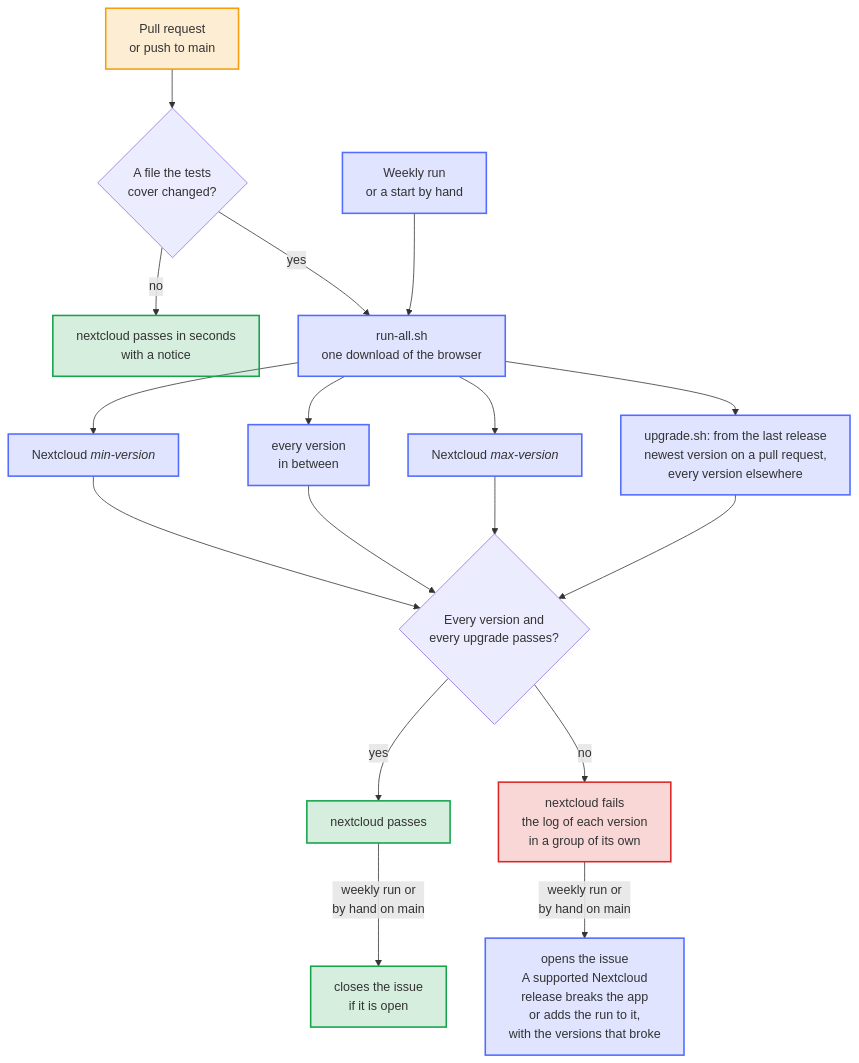
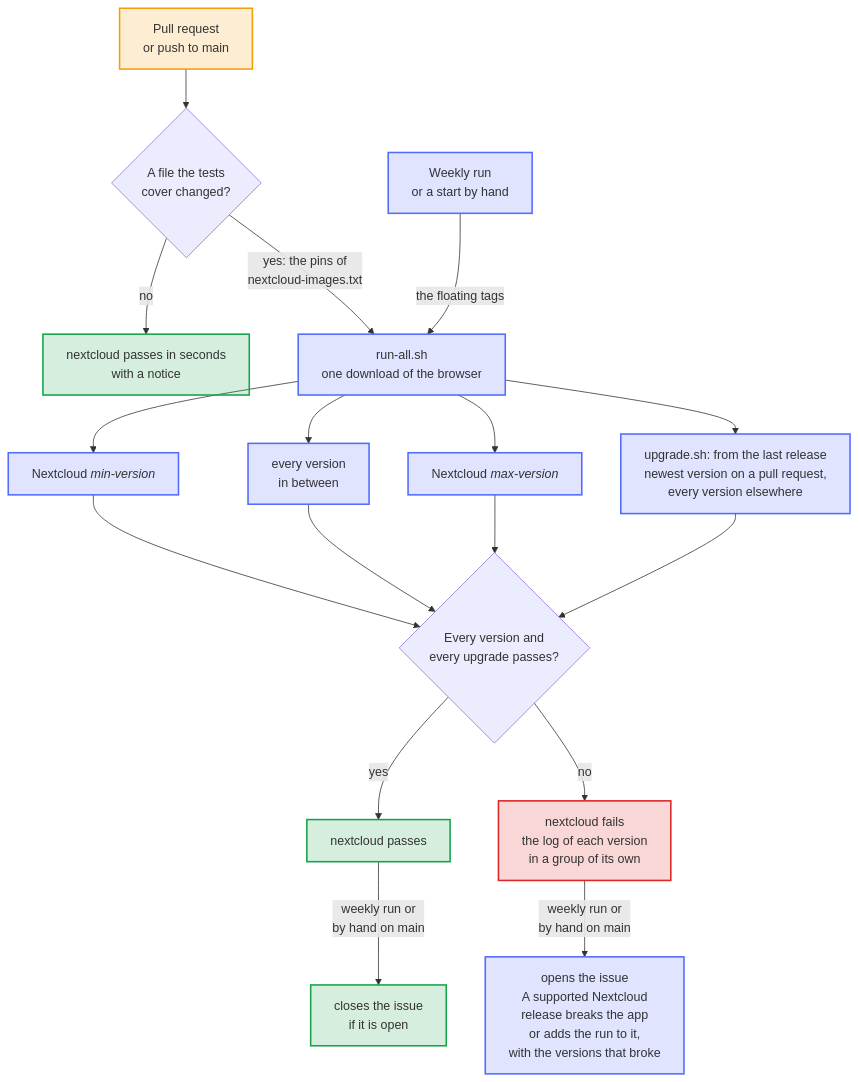
The diagram in docs/diagrams/the-required-check-nextcloud.mmd (Dennis-Otto/paperless-unified-search), drawn with Mermaid before and after one commit. The commit also changed 19 other files, not shown here.

First line of the commit message:
ci(e2e): test pull requests against pinned Nextcloud images that Renovate updates, and the floating tags every week (#286)

```diff
--- a/docs/diagrams/the-required-check-nextcloud.mmd
+++ b/docs/diagrams/the-required-check-nextcloud.mmd
@@ -1,42 +1,42 @@
 ---
 config:
   flowchart:
     wrappingWidth: 400
 ---
 flowchart TB
     accTitle: The required check nextcloud
-    accDescr: A pull request or a push to main that changes no file the end-to-end tests cover passes the check nextcloud in seconds, with a notice. Otherwise, and in the weekly run and a run started by hand, run-all.sh tests every Nextcloud version from min-version to max-version at the same time in one job, and beside them upgrade.sh upgrades the last release to the checkout, on the newest version in a pull request and on every version elsewhere; the check passes only when every version and every upgrade passes, and the log of each is a group of its own. When the weekly run or a run started by hand on main fails, the job issue about the supported Nextcloud opens the issue A supported Nextcloud release breaks the app with the versions that broke, or adds the run to it; when such a run passes, it closes the issue. A pull request or a push never touches the issue.
+    accDescr: A pull request or a push to main that changes no file the end-to-end tests cover passes the check nextcloud in seconds, with a notice. Otherwise, and in the weekly run and a run started by hand, run-all.sh tests every Nextcloud version from min-version to max-version at the same time in one job, a pull request and a push with the images that nextcloud-images.txt pins, the weekly run and a start by hand with the floating tags, and beside them upgrade.sh upgrades the last release to the checkout, on the newest version in a pull request and on every version elsewhere; the check passes only when every version and every upgrade passes, and the log of each is a group of its own. When the weekly run or a run started by hand on main fails, the job issue about the supported Nextcloud opens the issue A supported Nextcloud release breaks the app with the versions that broke, or adds the run to it; when such a run passes, it closes the issue. A pull request or a push never touches the issue.
 
     change["Pull request<br>or push to main"]
     timed["Weekly run<br>or a start by hand"]
     scope{"A file the tests<br>cover changed?"}
     skipped["nextcloud passes in seconds<br>with a notice"]
     all["run-all.sh<br>one download of the browser"]
     low["`Nextcloud *min-version*`"]
     middle["every version<br>in between"]
     high["`Nextcloud *max-version*`"]
     upgrade["upgrade.sh: from the last release<br>newest version on a pull request,<br>every version elsewhere"]
     every{"Every version and<br>every upgrade passes?"}
     passed["nextcloud passes"]
     failed["nextcloud fails<br>the log of each version<br>in a group of its own"]
     opened["opens the issue<br>A supported Nextcloud<br>release breaks the app<br>or adds the run to it,<br>with the versions that broke"]
     closed["closes the issue<br>if it is open"]
 
     change --> scope
     scope -- "no" --> skipped
-    scope -- "yes" --> all
-    timed --> all
+    scope -- "yes: the pins of<br>nextcloud-images.txt" --> all
+    timed -- "the floating tags" --> all
     all --> low & middle & high & upgrade --> every
     every -- "yes" --> passed
     every -- "no" --> failed
     failed -- "weekly run or<br>by hand on main" --> opened
     passed -- "weekly run or<br>by hand on main" --> closed
 
     classDef person fill:#f59e0b2e,stroke:#f59e0b,stroke-width:2px
     classDef bot fill:#526cfe2e,stroke:#526cfe,stroke-width:2px
     classDef done fill:#16a34a2e,stroke:#16a34a,stroke-width:2px
     classDef fail fill:#dc26262e,stroke:#dc2626,stroke-width:2px
     class change person
     class timed,all,low,middle,high,upgrade,opened bot
     class skipped,passed,closed done
     class failed fail
```
